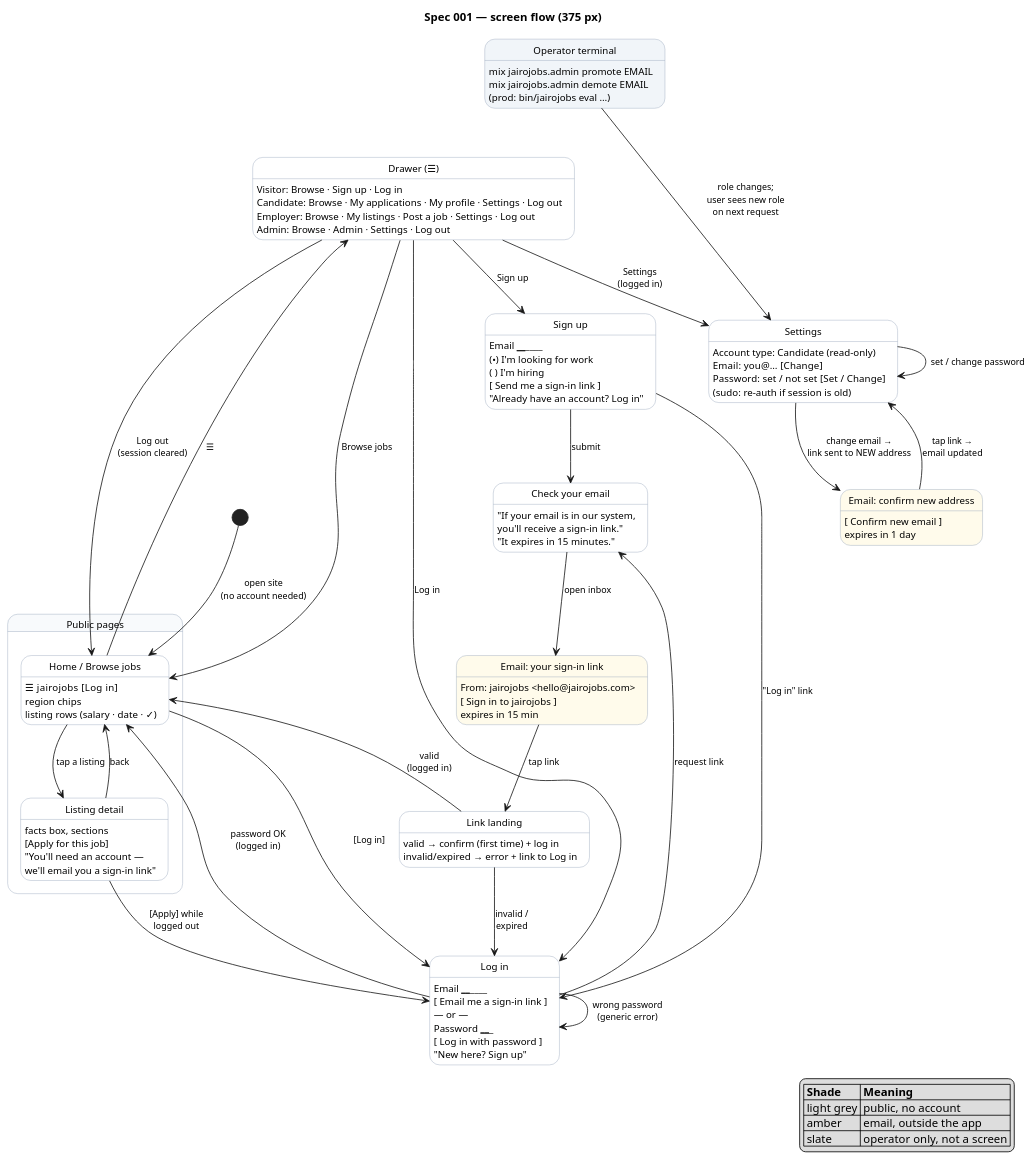
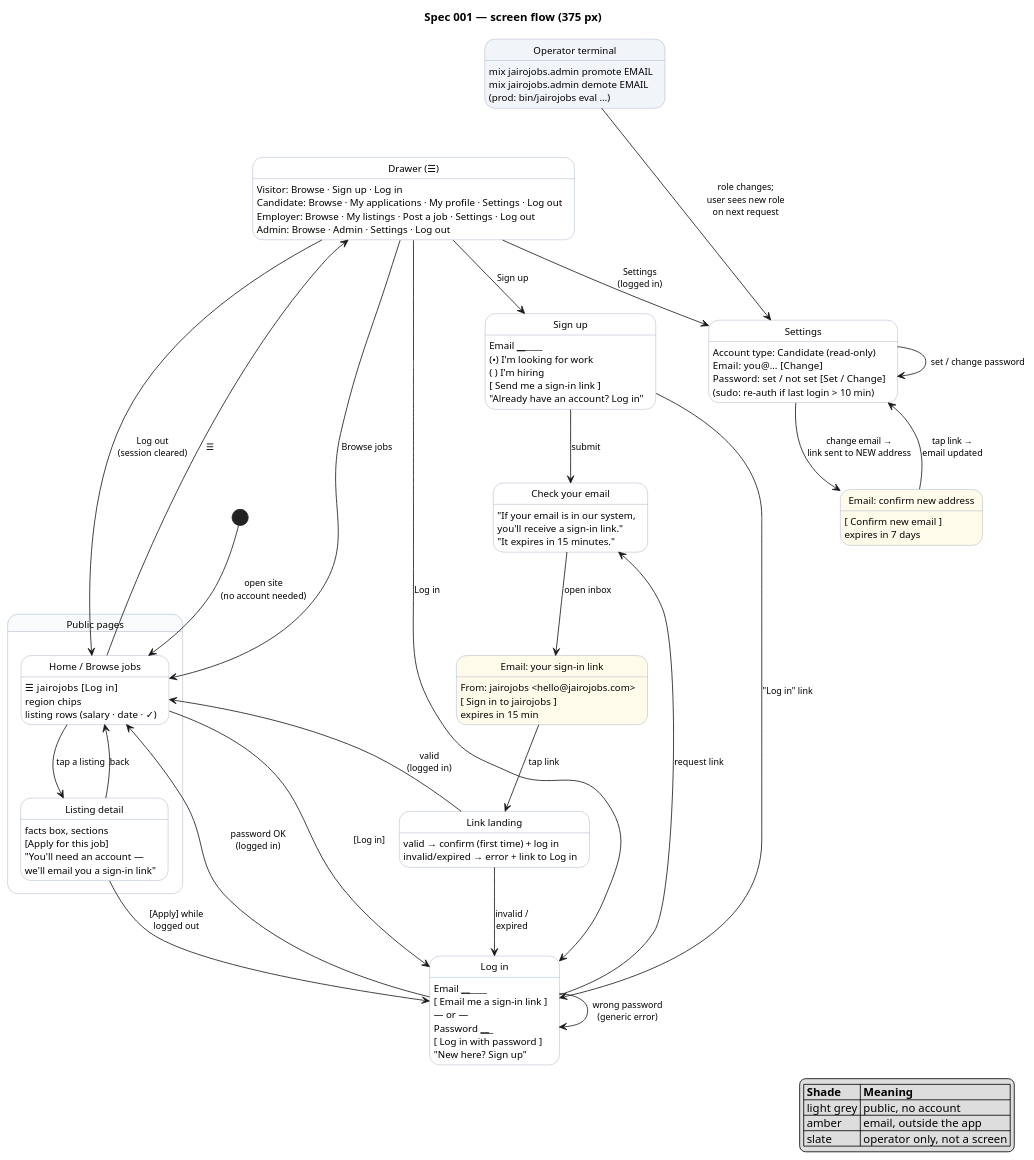
One commit to raseniero/jairojobs-elixir changed the diagram in docs/specs/001-accounts-authentication/diagrams/screenflow-auth.puml. Above: the diagram before and after it, drawn with PlantUML. The commit also changed 8 other files, not shown here.

```diff
--- a/docs/specs/001-accounts-authentication/diagrams/screenflow-auth.puml
+++ b/docs/specs/001-accounts-authentication/diagrams/screenflow-auth.puml
@@ -1,111 +1,111 @@
 @startuml screenflow-auth
 ' Spec 001 — screen flow. Each state is a screen (key elements listed); each arrow is a user action.
 ' Every user story US-001-1..9 is a path through this diagram (see table in spec.md).
 
 hide empty description
 skinparam state {
   BackgroundColor white
   BackgroundColor<<public>> #f8fafc
   BackgroundColor<<email>> #fffbeb
   BackgroundColor<<terminal>> #f1f5f9
   BorderColor #94a3b8
   FontSize 12
 }
 skinparam arrowFontSize 11
 
 title Spec 001 — screen flow (375 px)
 
 state "Public pages" as Public <<public>> {
   state "Home / Browse jobs" as Home
   Home : ☰  jairojobs  [Log in]
   Home : region chips
   Home : listing rows (salary · date · ✓)
   state "Listing detail" as Detail
   Detail : facts box, sections
   Detail : [Apply for this job]
   Detail : "You'll need an account —\nwe'll email you a sign-in link"
   Home --> Detail : tap a listing
   Detail --> Home : back
 }
 
 state "Drawer (☰)" as Drawer
 Drawer : Visitor: Browse · Sign up · Log in
 Drawer : Candidate: Browse · My applications · My profile · Settings · Log out
 Drawer : Employer: Browse · My listings · Post a job · Settings · Log out
 Drawer : Admin: Browse · Admin · Settings · Log out
 
 state "Sign up" as Signup
 Signup : Email ______________
 Signup : (•) I'm looking for work
 Signup : ( ) I'm hiring
 Signup : [ Send me a sign-in link ]
 Signup : "Already have an account? Log in"
 
 state "Check your email" as CheckEmail
 CheckEmail : "If your email is in our system,\nyou'll receive a sign-in link."
 CheckEmail : "It expires in 15 minutes."
 
 state "Email: your sign-in link" as Email <<email>>
 Email : From: jairojobs <hello@jairojobs.com>
 Email : [ Sign in to jairojobs ]
 Email : expires in 15 min
 
 state "Link landing" as Landing
 Landing : valid → confirm (first time) + log in
 Landing : invalid/expired → error + link to Log in
 
 state "Log in" as Login
 Login : Email ______________
 Login : [ Email me a sign-in link ]
 Login : — or —
 Login : Password ___________
 Login : [ Log in with password ]
 Login : "New here? Sign up"
 
 state "Settings" as Settings
 Settings : Account type: Candidate (read-only)
 Settings : Email: you@…  [Change]
 Settings : Password: set / not set  [Set / Change]
-Settings : (sudo: re-auth if session is old)
+Settings : (sudo: re-auth if last login > 10 min)
 
 state "Email: confirm new address" as EmailChange <<email>>
 EmailChange : [ Confirm new email ]
-EmailChange : expires in 1 day
+EmailChange : expires in 7 days
 
 state "Operator terminal" as Terminal <<terminal>>
 Terminal : mix jairojobs.admin promote EMAIL
 Terminal : mix jairojobs.admin demote EMAIL
 Terminal : (prod: bin/jairojobs eval …)
 
 [*] --> Home : open site\n(no account needed)
 Home --> Drawer : ☰
 Drawer --> Home : Browse jobs
 Drawer --> Signup : Sign up
 Drawer --> Login : Log in
 Home --> Login : [Log in]
 Detail --> Login : [Apply] while\nlogged out
 Signup --> CheckEmail : submit
 Signup --> Login : "Log in" link
 Login --> CheckEmail : request link
 Login --> Home : password OK\n(logged in)
 Login --> Login : wrong password\n(generic error)
 CheckEmail --> Email : open inbox
 Email --> Landing : tap link
 Landing --> Home : valid\n(logged in)
 Landing --> Login : invalid /\nexpired
 Drawer --> Settings : Settings\n(logged in)
 Settings --> EmailChange : change email →\nlink sent to NEW address
 EmailChange --> Settings : tap link →\nemail updated
 Settings --> Settings : set / change password
 Drawer --> Home : Log out\n(session cleared)
 Terminal --> Settings : role changes;\nuser sees new role\non next request
 Terminal -[hidden]-> Drawer
 
 legend right
   |= Shade |= Meaning |
   | light grey | public, no account |
   | amber | email, outside the app |
   | slate | operator only, not a screen |
 endlegend
 
 @enduml
```
